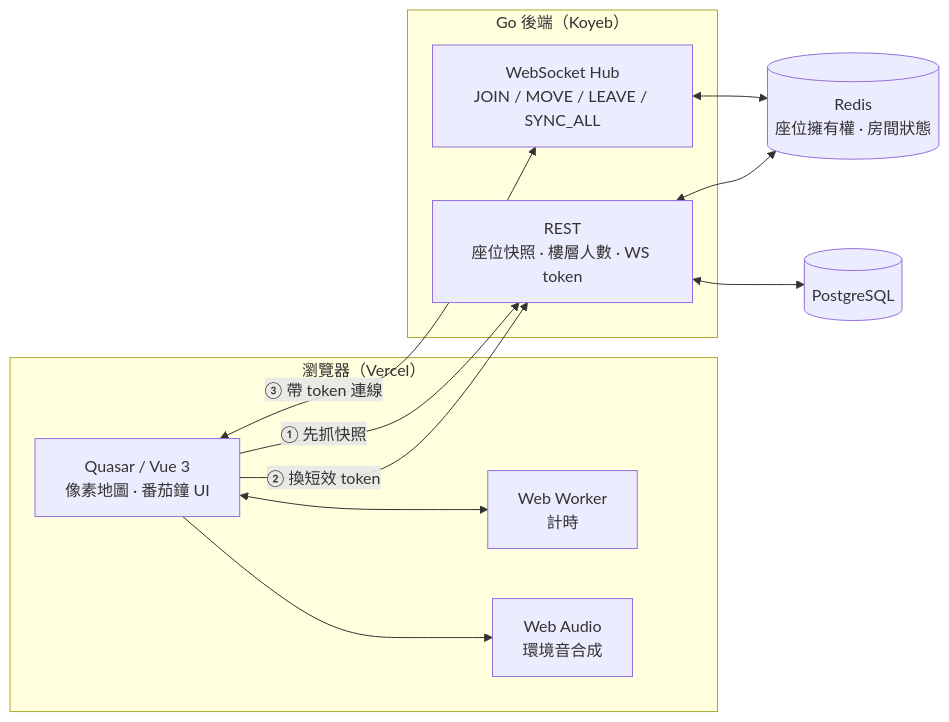
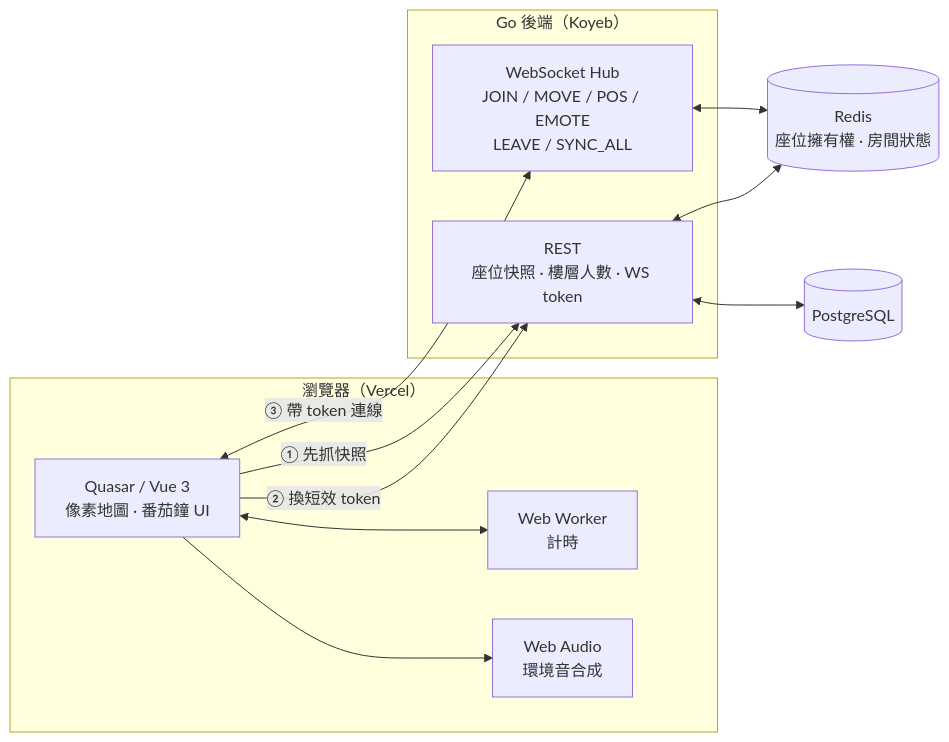
Before and after one commit to tommy88520/focus-island: the diagram in README.md, drawn with Mermaid. The commit also changed other lines of this file, not shown here.

````diff
--- a/README.md
+++ b/README.md
@@ -49,23 +55,23 @@
 ```mermaid
 flowchart LR
   subgraph Browser["瀏覽器（Vercel）"]
     UI["Quasar / Vue 3<br/>像素地圖 · 番茄鐘 UI"]
     Worker["Web Worker<br/>計時"]
     Audio["Web Audio<br/>環境音合成"]
   end
   subgraph Server["Go 後端（Koyeb）"]
     REST["REST<br/>座位快照 · 樓層人數 · WS token"]
-    Hub["WebSocket Hub<br/>JOIN / MOVE / LEAVE / SYNC_ALL"]
+    Hub["WebSocket Hub<br/>JOIN / MOVE / POS / EMOTE<br/>LEAVE / SYNC_ALL"]
   end
   Redis[("Redis<br/>座位擁有權 · 房間狀態")]
   PG[("PostgreSQL")]
 
   UI <--> Worker
   UI --> Audio
   UI -->|"① 先抓快照"| REST
   UI -->|"② 換短效 token"| REST
   UI <-->|"③ 帶 token 連線"| Hub
   Hub <--> Redis
   REST <--> Redis
   REST <--> PG
 ```
````
